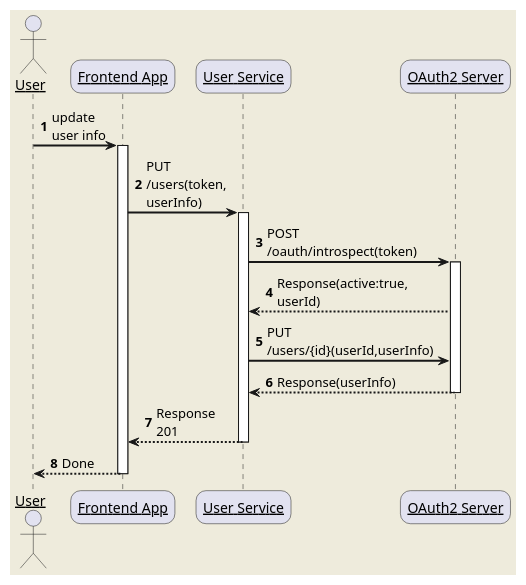
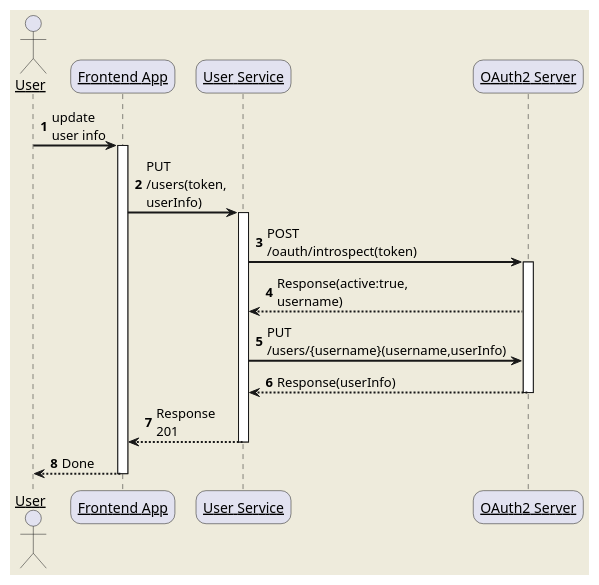
Before and after one commit to Hannibal0416/modern-renting-service: the diagram in doc/sequence/user-update.puml, drawn with PlantUML. The commit also changed 23 other files, not shown here.

```diff
--- a/doc/sequence/user-update.puml
+++ b/doc/sequence/user-update.puml
@@ -1,35 +1,35 @@
 @startuml
 skinparam backgroundColor #EEEBDC
 skinparam handwritten false
 skinparam sequenceArrowThickness 2
 skinparam roundcorner 20
 skinparam maxmessagesize 60
 skinparam sequenceParticipant underline
 
 actor User
 participant "Frontend App" as Frontend
 participant "User Service" as UserService
 participant "OAuth2 Server" as OAuth
 
 autonumber 1
 User -> Frontend: update user info
 activate Frontend
 
 Frontend -> UserService: PUT /users(token, userInfo)
 activate UserService
 
 UserService -> OAuth: POST /oauth/introspect(token)
 activate OAuth
-OAuth --> UserService: Response(active:true, userId)
+OAuth --> UserService: Response(active:true, username)
 
-UserService -> OAuth: PUT /users/{id}(userId,userInfo)
+UserService -> OAuth: PUT /users/{username}(username,userInfo)
 
 OAuth --> UserService: Response(userInfo)
 deactivate OAuth
 
 UserService --> Frontend: Response 201
 deactivate UserService
 
 Frontend --> User: Done
 deactivate Frontend
 @enduml
```
